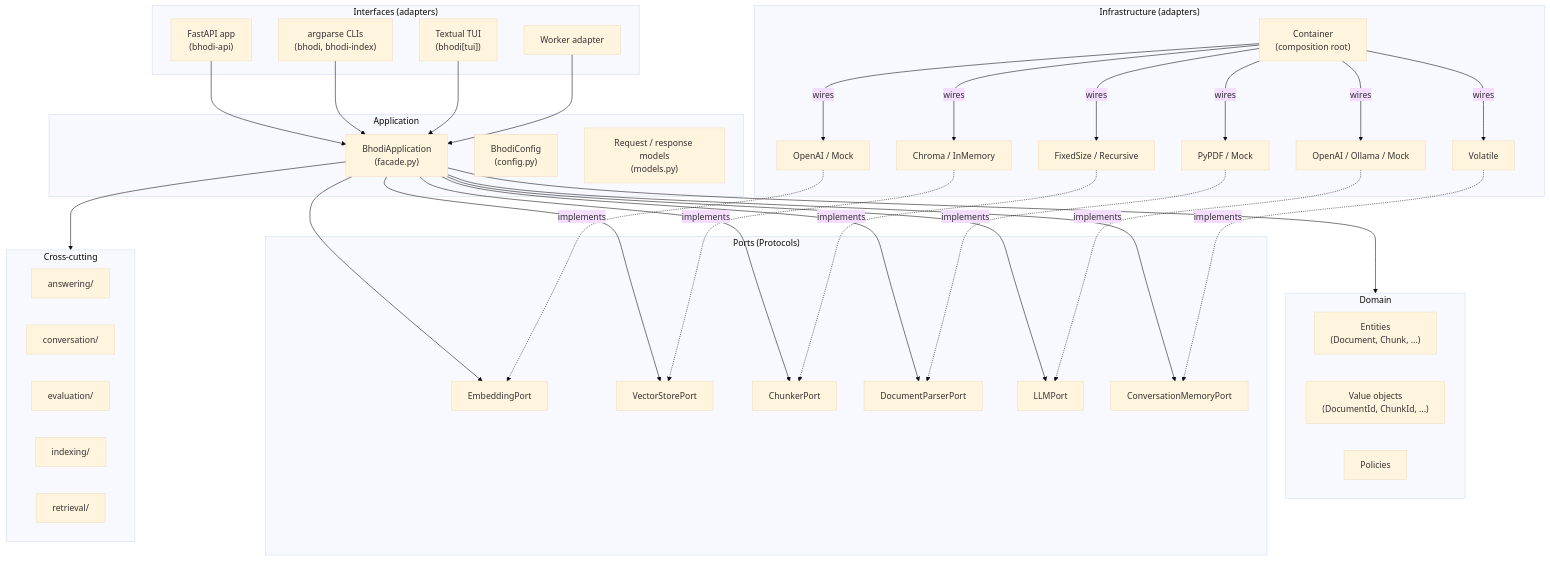
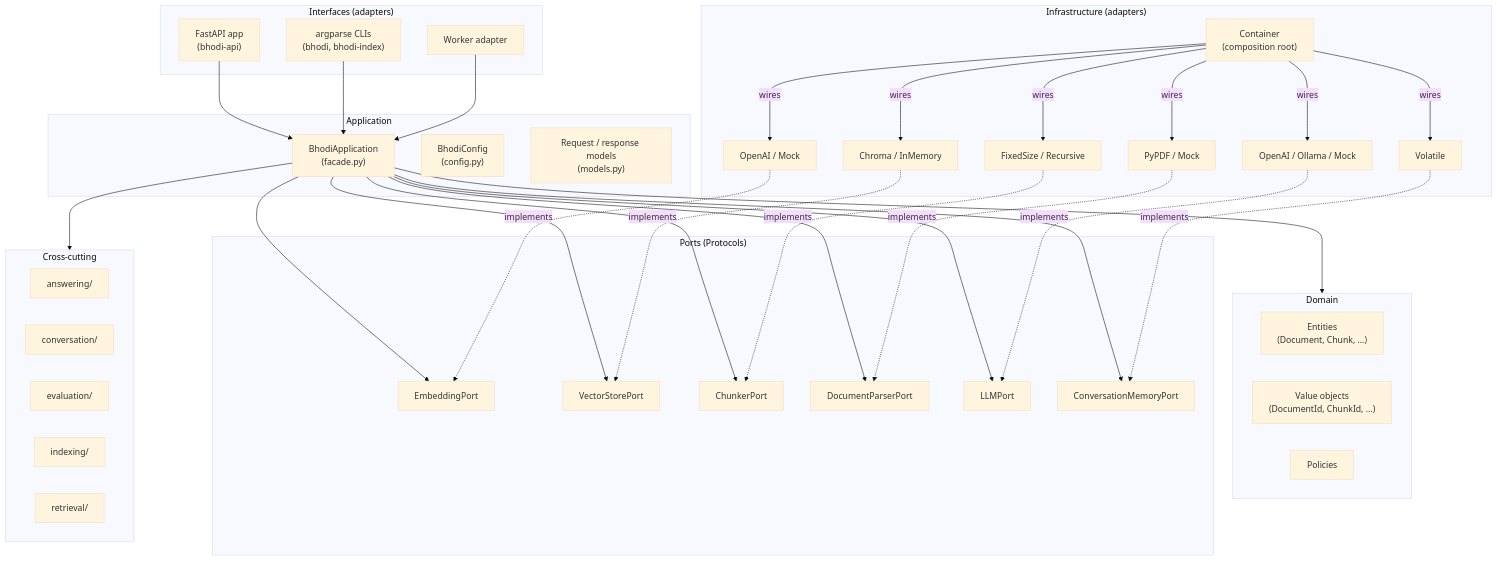
The diagram in README.md (4nibhal/Bhodi), drawn with Mermaid (base theme) before and after one commit. The commit also changed other lines of this file and 3 other files, not shown here.

First line of the commit message:
chore(deps): drop unused bhodi[tui] extra and remove TUI from docs

````diff
--- a/README.md
+++ b/README.md
@@ -176,77 +175,75 @@
 ```mermaid
 flowchart TB
     subgraph Interfaces["Interfaces (adapters)"]
         API["FastAPI app<br/>(bhodi-api)"]
         CLI["argparse CLIs<br/>(bhodi, bhodi-index)"]
-        TUI["Textual TUI<br/>(bhodi[tui])"]
         Worker["Worker adapter"]
     end
 
     subgraph Application["Application"]
         Facade["BhodiApplication<br/>(facade.py)"]
         Config["BhodiConfig<br/>(config.py)"]
         Models["Request / response models<br/>(models.py)"]
     end
 
     subgraph Domain["Domain"]
         Entities["Entities<br/>(Document, Chunk, ...)"]
         VO["Value objects<br/>(DocumentId, ChunkId, ...)"]
         Policy["Policies"]
     end
 
     subgraph Ports["Ports (Protocols)"]
         EP["EmbeddingPort"]
         VP["VectorStorePort"]
         CP["ChunkerPort"]
         DP["DocumentParserPort"]
         LP["LLMPort"]
         CMPort["ConversationMemoryPort"]
     end
 
     subgraph Infra["Infrastructure (adapters)"]
         Embed["OpenAI / Mock"]
         Store["Chroma / InMemory"]
         Chunk["FixedSize / Recursive"]
         Parse["PyPDF / Mock"]
         LLM["OpenAI / Ollama / Mock"]
         CMem["Volatile"]
         Container["Container<br/>(composition root)"]
     end
 
     subgraph Cross["Cross-cutting"]
         Answering["answering/"]
         Conversation["conversation/"]
         Evaluation["evaluation/"]
         Indexing["indexing/"]
         Retrieval["retrieval/"]
     end
 
     API --> Facade
     CLI --> Facade
-    TUI --> Facade
     Worker --> Facade
 
     Facade --> EP
     Facade --> VP
     Facade --> CP
     Facade --> DP
     Facade --> LP
     Facade --> CMPort
 
     Container -- wires --> Embed
     Container -- wires --> Store
     Container -- wires --> Chunk
     Container -- wires --> Parse
     Container -- wires --> LLM
     Container -- wires --> CMem
 
     Embed -. implements .-> EP
     Store -. implements .-> VP
     Chunk -. implements .-> CP
     Parse -. implements .-> DP
     LLM -. implements .-> LP
     CMem -. implements .-> CMPort
 
     Facade --> Domain
     Facade --> Cross
 ```
````
